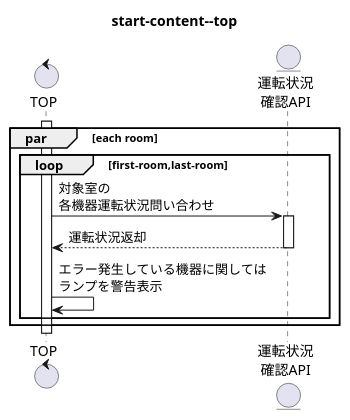
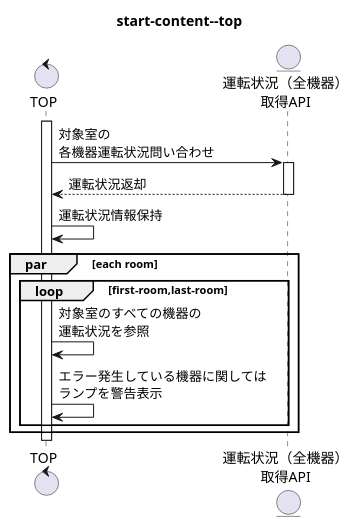
One commit to dede-20191130/room-apparatus-control-console changed the diagram in docs/logic/sequence/start-content--top.pu. Above: the diagram before and after it, drawn with PlantUML. The commit also changed 10 other files, not shown here.

```diff
--- a/docs/logic/sequence/start-content--top.pu
+++ b/docs/logic/sequence/start-content--top.pu
@@ -1,19 +1,21 @@
 @startuml start-content--top
 title start-content--top
 control TOP as tp
-entity "運転状況\n確認API" as cond
+entity "運転状況（全機器）\n取得API" as cond
 
 activate tp
+tp -> cond:対象室の\n各機器運転状況問い合わせ
+activate cond
+cond --> tp:運転状況返却
+deactivate cond
+tp -> tp:運転状況情報保持
 par each room
     loop first-room,last-room
-        tp -> cond:対象室の\n各機器運転状況問い合わせ
-        activate cond
-        cond --> tp:運転状況返却
-        deactivate cond
+        tp -> tp:対象室のすべての機器の\n運転状況を参照
         tp -> tp:エラー発生している機器に関しては\nランプを警告表示
 
 
     end
 end
 
 @enduml
```
